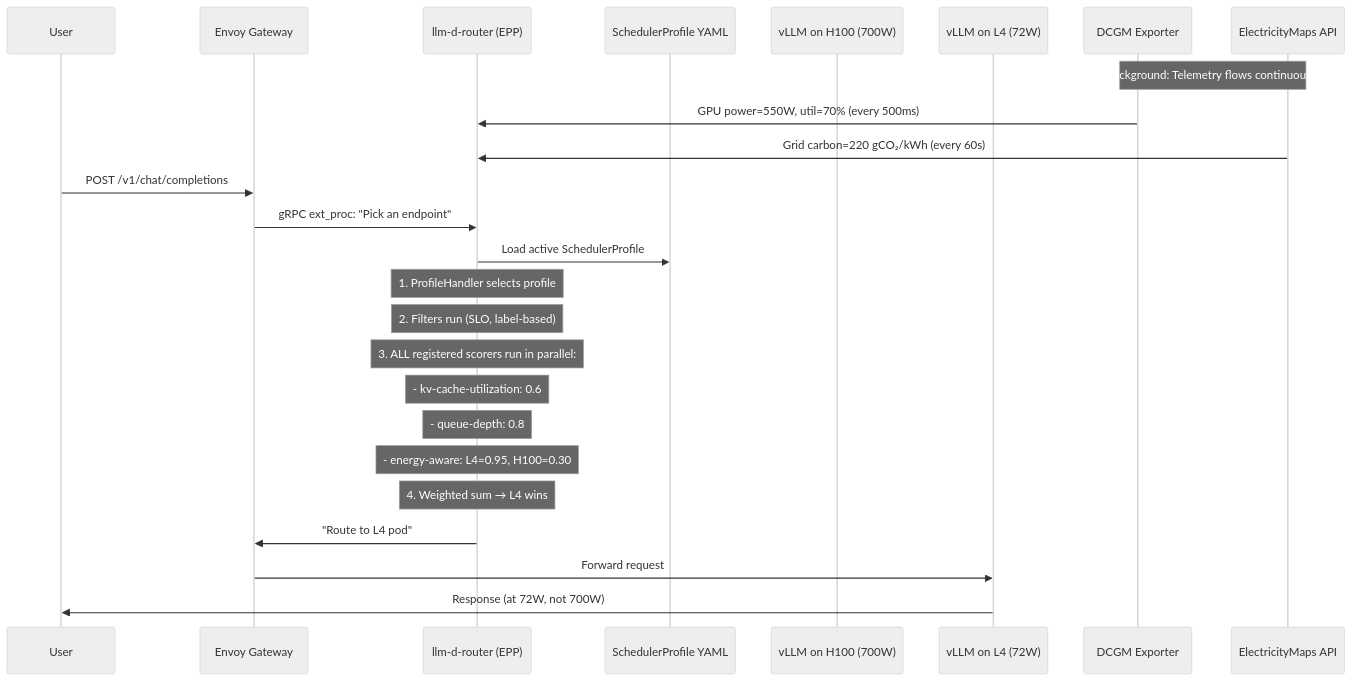
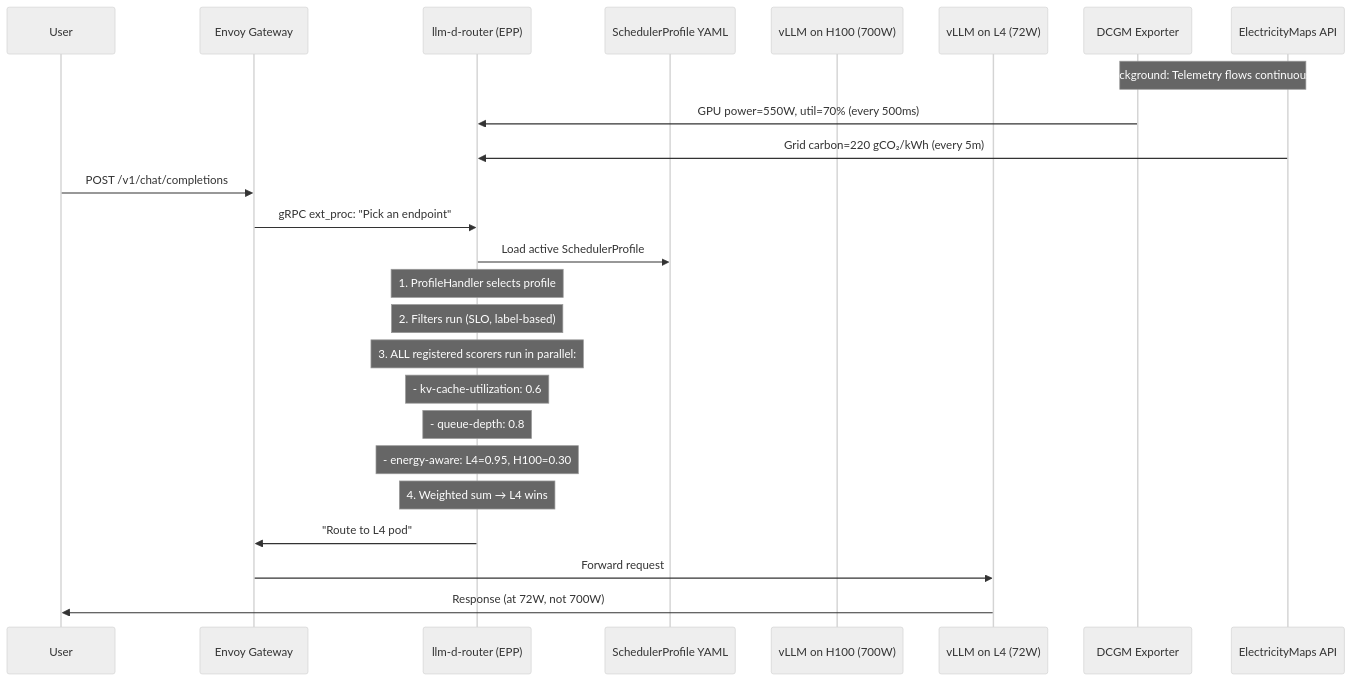
Before and after one commit to johnnietse/llm-d-epp-Energy-Aware-Endpoint-Picker-Plugin-: the diagram in upstream_integration_walkthrough.md, drawn with Mermaid (neutral theme). The commit also changed 22 other files, not shown here.

````diff
--- a/upstream_integration_walkthrough.md
+++ b/upstream_integration_walkthrough.md
@@ -84,31 +84,31 @@
 ```mermaid
 sequenceDiagram
     participant User
     participant Envoy as Envoy Gateway
     participant EPP as llm-d-router (EPP)
     participant Config as SchedulerProfile YAML
     participant H100 as vLLM on H100 (700W)
     participant L4 as vLLM on L4 (72W)
     participant DCGM as DCGM Exporter
     participant Carbon as ElectricityMaps API
 
     Note over DCGM,Carbon: Background: Telemetry flows continuously
     DCGM->>EPP: GPU power=550W, util=70% (every 500ms)
-    Carbon->>EPP: Grid carbon=220 gCO₂/kWh (every 60s)
+    Carbon->>EPP: Grid carbon=220 gCO₂/kWh (every 5m)
     
     User->>Envoy: POST /v1/chat/completions
     Envoy->>EPP: gRPC ext_proc: "Pick an endpoint"
     EPP->>Config: Load active SchedulerProfile
     
     Note over EPP: 1. ProfileHandler selects profile
     Note over EPP: 2. Filters run (SLO, label-based)
     Note over EPP: 3. ALL registered scorers run in parallel:
     Note over EPP: - kv-cache-utilization: 0.6
     Note over EPP: - queue-depth: 0.8
     Note over EPP: - energy-aware: L4=0.95, H100=0.30
     Note over EPP: 4. Weighted sum → L4 wins
     
     EPP->>Envoy: "Route to L4 pod"
     Envoy->>L4: Forward request
     L4->>User: Response (at 72W, not 700W)
 ```
````
